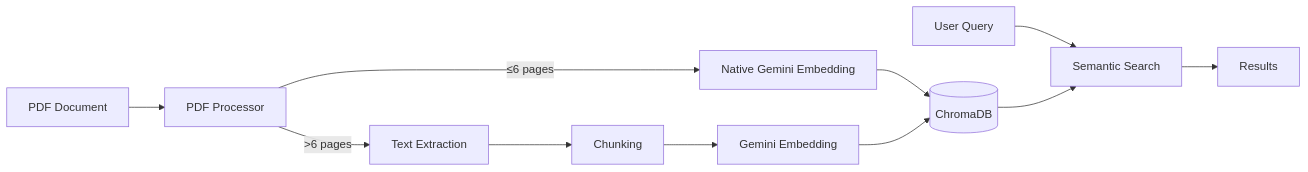
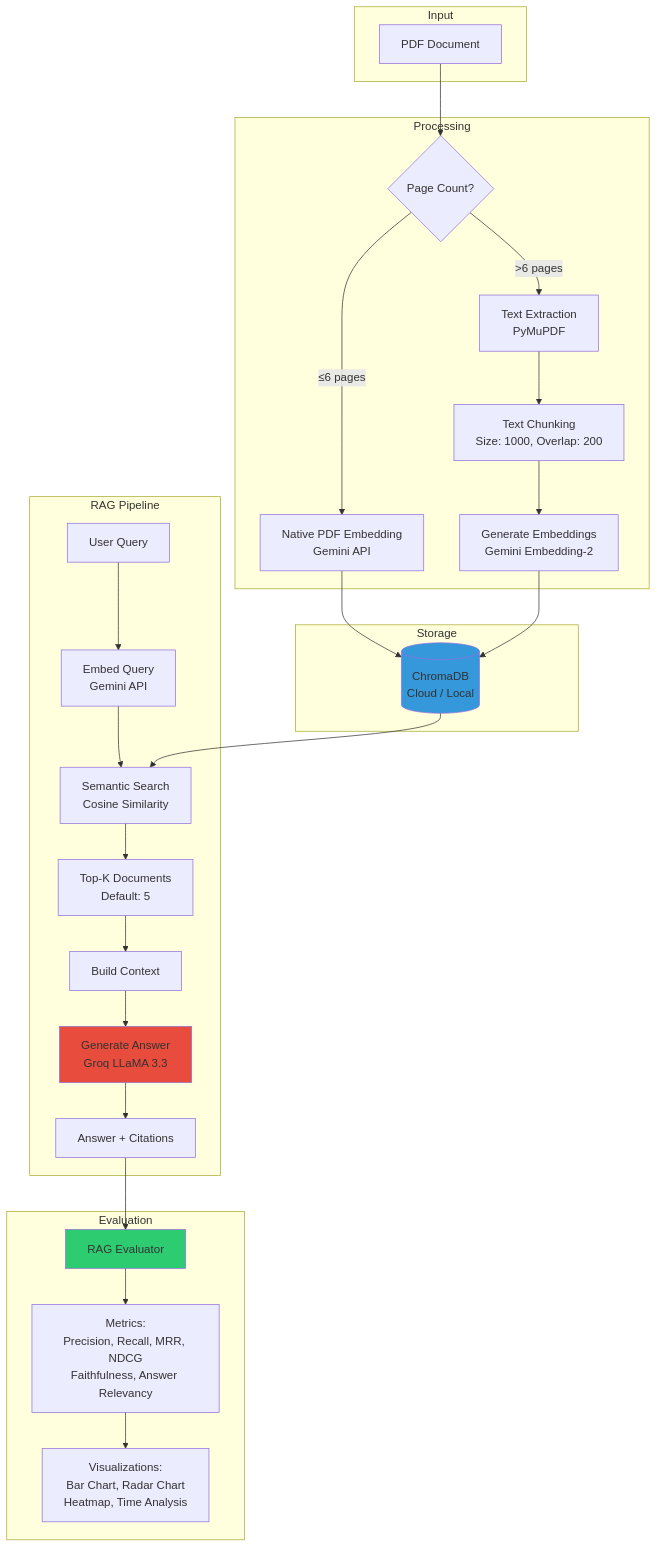
One commit to Happy-Syahrul-Ramadhan/RAG-CV-WITH-GEMINI-EMBEDDING changed the first of 2 diagrams in README.md. Above: the diagram before and after it, drawn with Mermaid. The commit also changed other lines of this file and 2 other files, not shown here.

````diff
--- a/README.md
+++ b/README.md
@@ -107,13 +16,39 @@
 ```mermaid
-flowchart LR
-    PDF[PDF Document] --> Processor[PDF Processor]
-    Processor -->|≤6 pages| Native[Native Gemini Embedding]
-    Processor -->|>6 pages| Extract[Text Extraction]
-    Extract --> Chunking[Chunking]
-    Chunking --> Embed[Gemini Embedding]
-    Native --> ChromaDB[(ChromaDB)]
-    Embed --> ChromaDB
-    Query[User Query] --> Search[Semantic Search]
-    ChromaDB --> Search
-    Search --> Results[Results]
+flowchart TB
+    subgraph Input
+        PDF[PDF Document]
+    end
+    
+    subgraph Processing
+        PDF --> Check{Page Count?}
+        Check -->|≤6 pages| Native[Native PDF Embedding<br/>Gemini API]
+        Check -->|>6 pages| Extract[Text Extraction<br/>PyMuPDF]
+        Extract --> Chunk[Text Chunking<br/>Size: 1000, Overlap: 200]
+        Chunk --> Embed[Generate Embeddings<br/>Gemini Embedding-2]
+    end
+    
+    subgraph Storage
+        Native --> Store[(ChromaDB<br/>Cloud / Local)]
+        Embed --> Store
+    end
+    
+    subgraph RAG["RAG Pipeline"]
+        Query[User Query] --> EmbedQ[Embed Query<br/>Gemini API]
+        EmbedQ --> Search[Semantic Search<br/>Cosine Similarity]
+        Store --> Search
+        Search --> TopK[Top-K Documents<br/>Default: 5]
+        TopK --> Context[Build Context]
+        Context --> LLM[Generate Answer<br/>Groq LLaMA 3.3]
+        LLM --> Answer[Answer + Citations]
+    end
+    
+    subgraph Evaluation
+        Answer --> Eval[RAG Evaluator]
+        Eval --> Metrics[Metrics:<br/>Precision, Recall, MRR, NDCG<br/>Faithfulness, Answer Relevancy]
+        Metrics --> Viz[Visualizations:<br/>Bar Chart, Radar Chart<br/>Heatmap, Time Analysis]
+    end
+    
+    style Store fill:#3498db
+    style LLM fill:#e74c3c
+    style Eval fill:#2ecc71
 ```
````
